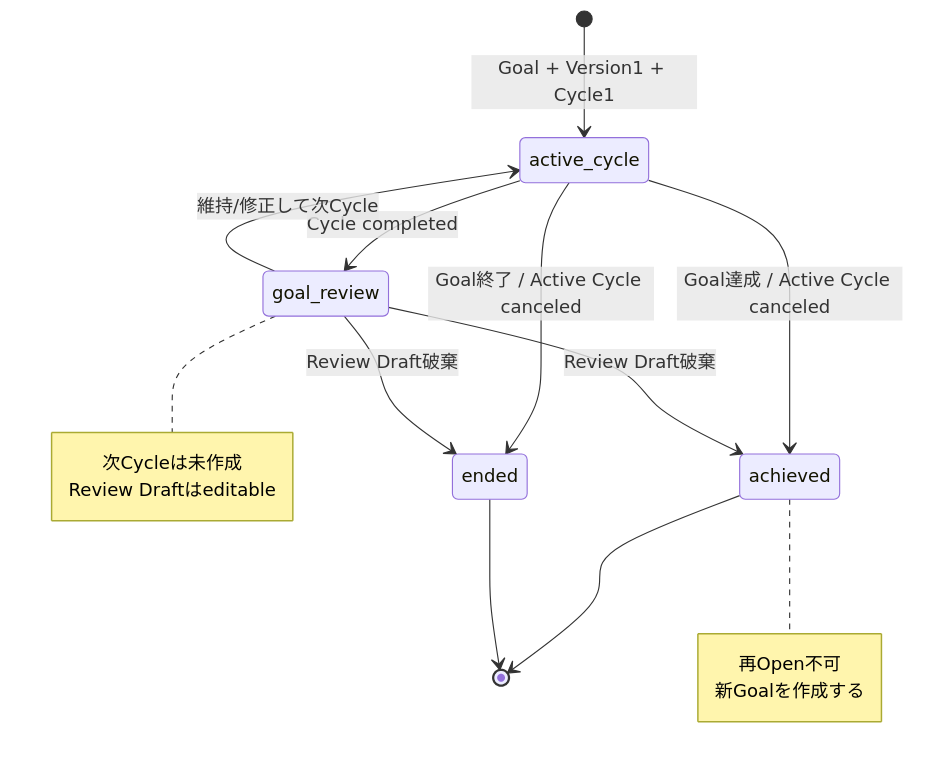
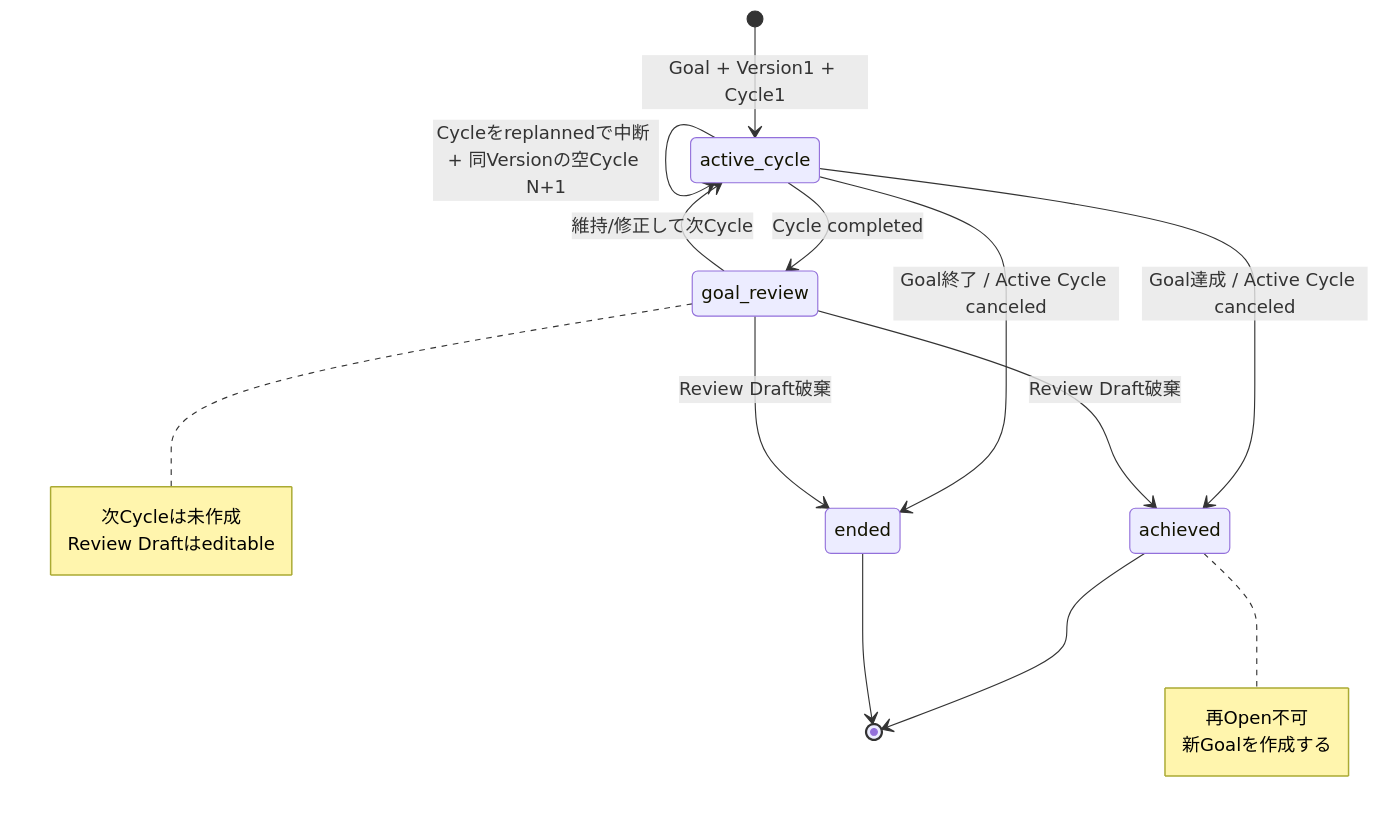
One commit to fukamu/cycle changed the third of 11 diagrams in docs/design.md. Above: the diagram before and after it, drawn with Mermaid. The commit also changed other lines of this file and 40 other files, not shown here.

````diff
--- a/docs/design.md
+++ b/docs/design.md
@@ -1024,22 +1037,23 @@
 ```mermaid
 stateDiagram-v2
     [*] --> active_cycle: Goal + Version1 + Cycle1
     active_cycle --> goal_review: Cycle completed
     goal_review --> active_cycle: 維持/修正して次Cycle
+    active_cycle --> active_cycle: Cycleをreplannedで中断 + 同Versionの空Cycle N+1
     active_cycle --> achieved: Goal達成 / Active Cycle canceled
     active_cycle --> ended: Goal終了 / Active Cycle canceled
     goal_review --> achieved: Review Draft破棄
     goal_review --> ended: Review Draft破棄
     achieved --> [*]
     ended --> [*]
 
     note right of achieved
       再Open不可
       新Goalを作成する
     end note
 
     note right of goal_review
       次Cycleは未作成
       Review Draftはeditable
     end note
 ```
````
